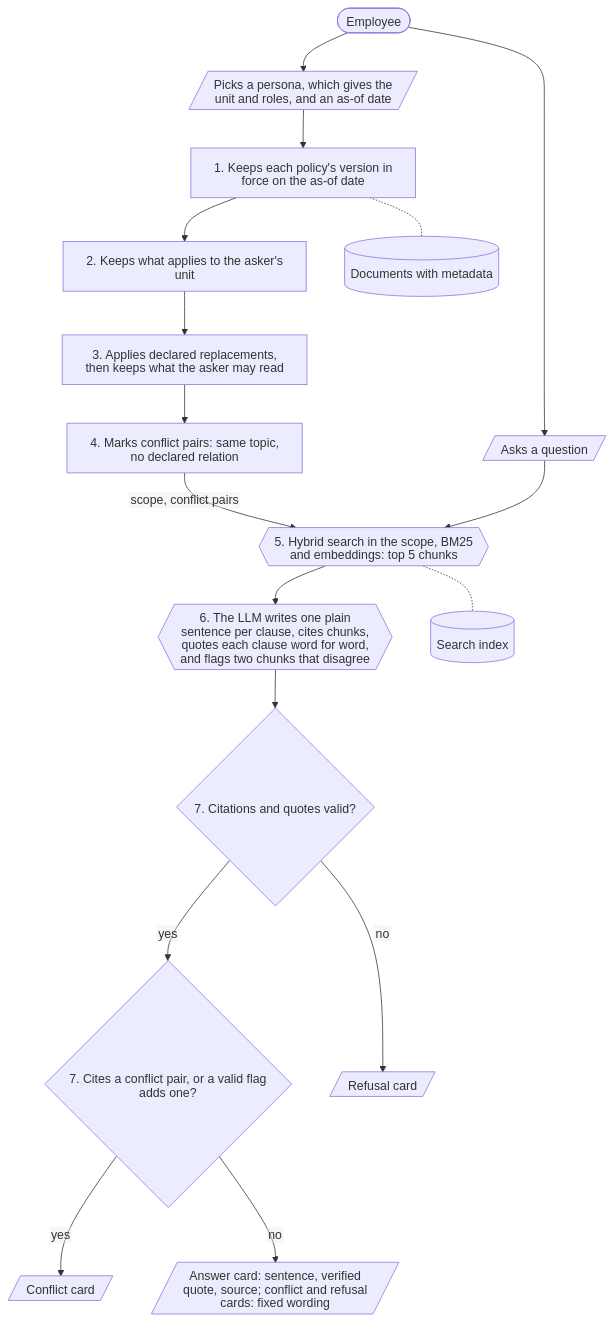
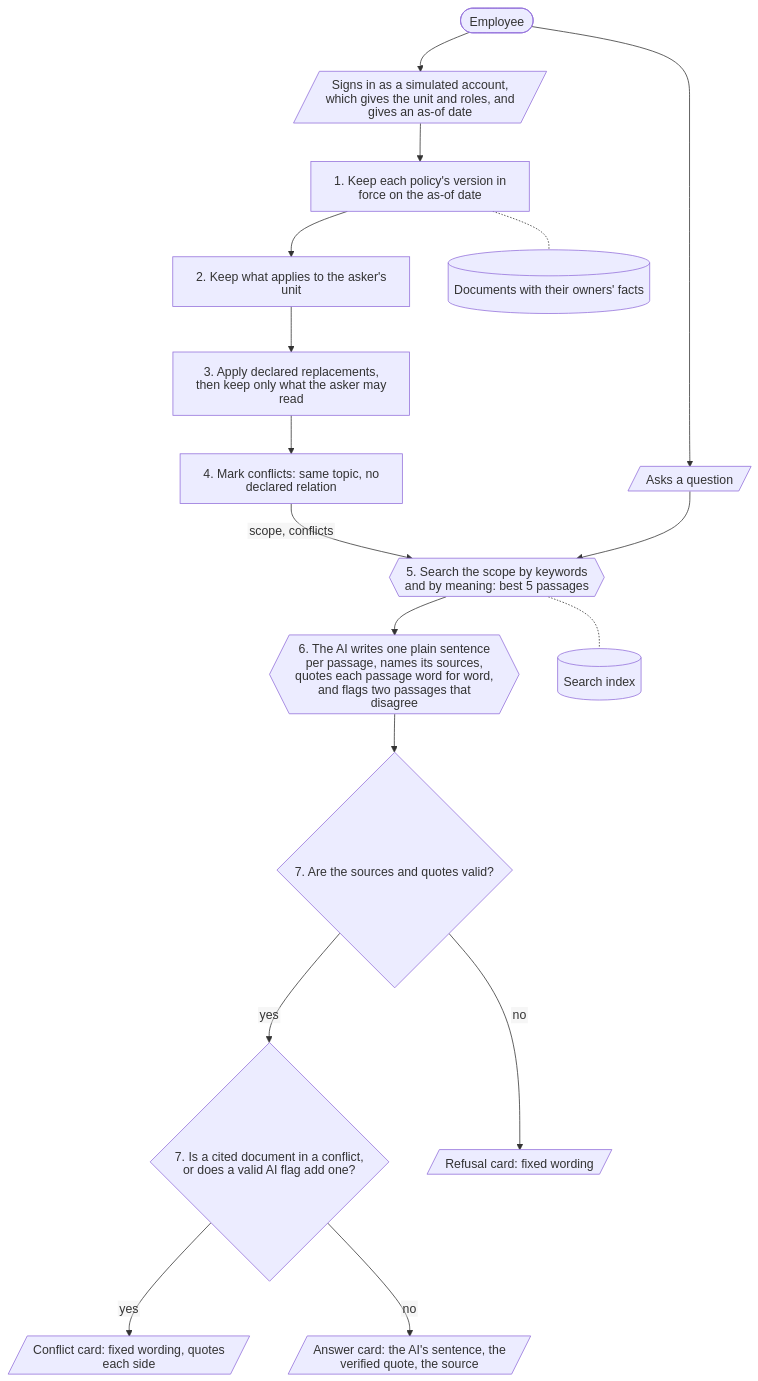
One commit to Park-Hip/next-gen-2026 changed the first of 2 diagrams in docs/architecture.md. Above: the diagram before and after it, drawn with Mermaid. The commit also changed other lines of this file, not shown here.

Commit message:
Rewrite the architecture page in plain language

````diff
--- a/docs/architecture.md
+++ b/docs/architecture.md
@@ -23,36 +19,36 @@
 ```mermaid
 ---
 config:
   htmlLabels: false
   flowchart:
     htmlLabels: false
     wrappingWidth: 260
 ---
 flowchart TD
     employee([Employee])
-    context[/"Picks a persona, which gives the unit and roles, and an as-of date"/]
+    context[/"Signs in as a simulated account, which gives the unit and roles, and gives an as-of date"/]
     question[/"Asks a question"/]
-    s1["1. Keeps each policy's version in force on the as-of date"]
-    s2["2. Keeps what applies to the asker's unit"]
-    s3["3. Applies declared replacements, then keeps what the asker may read"]
-    s4["4. Marks conflict pairs: same topic, no declared relation"]
-    s5{{"5. Hybrid search in the scope, BM25 and embeddings: top 5 chunks"}}
-    s6{{"6. The LLM writes one plain sentence per clause, cites chunks, quotes each clause word for word, and flags two chunks that disagree"}}
-    valid{"7. Citations and quotes valid?"}
-    conflict{"7. Cites a conflict pair, or a valid flag adds one?"}
-    refusal[/"Refusal card"/]
-    conflictcard[/"Conflict card"/]
-    answercard[/"Answer card: sentence, verified quote, source; conflict and refusal cards: fixed wording"/]
-    documents[("Documents with metadata")]
+    s1["1. Keep each policy's version in force on the as-of date"]
+    s2["2. Keep what applies to the asker's unit"]
+    s3["3. Apply declared replacements, then keep only what the asker may read"]
+    s4["4. Mark conflicts: same topic, no declared relation"]
+    s5{{"5. Search the scope by keywords and by meaning: best 5 passages"}}
+    s6{{"6. The AI writes one plain sentence per passage, names its sources, quotes each passage word for word, and flags two passages that disagree"}}
+    valid{"7. Are the sources and quotes valid?"}
+    conflict{"7. Is a cited document in a conflict, or does a valid AI flag add one?"}
+    refusal[/"Refusal card: fixed wording"/]
+    conflictcard[/"Conflict card: fixed wording, quotes each side"/]
+    answercard[/"Answer card: the AI's sentence, the verified quote, the source"/]
+    documents[("Documents with their owners' facts")]
     index[("Search index")]
 
-    employee --> context --> s1 --> s2 --> s3 --> s4 -- scope, conflict pairs --> s5
+    employee --> context --> s1 --> s2 --> s3 --> s4 -- scope, conflicts --> s5
     employee --> question --> s5
     s5 --> s6 --> valid
     valid -- no --> refusal
     valid -- yes --> conflict
     conflict -- yes --> conflictcard
     conflict -- no --> answercard
     s1 -.- documents
     s5 -.- index
 ```
````
